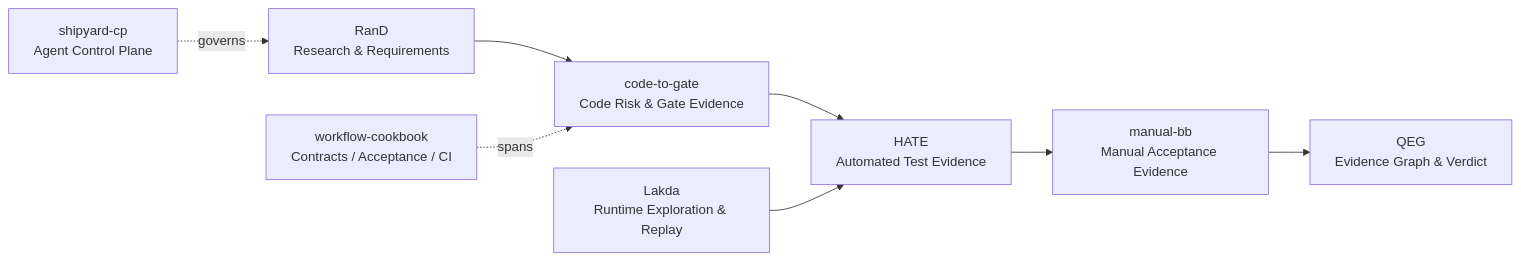
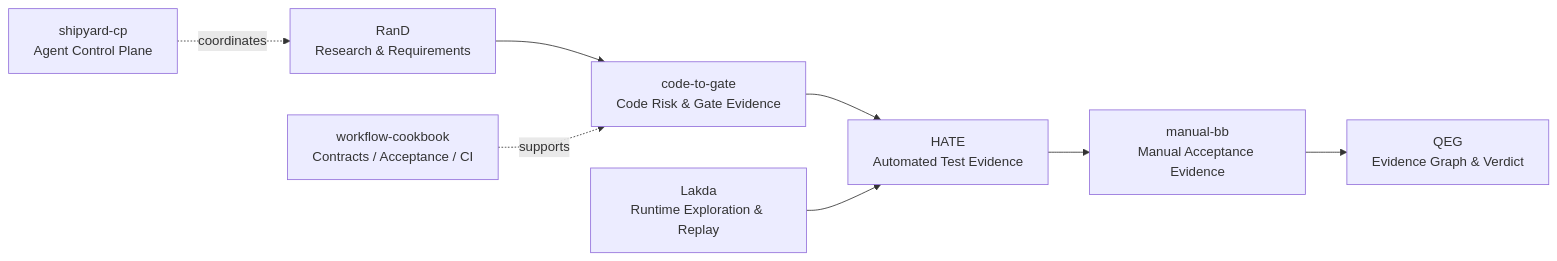
Before and after one commit to RNA4219/RNA4219: the diagram in Readme.md, drawn with Mermaid. The commit also changed other lines of this file, not shown here.

Commit message:
docs: remove private architecture hints from profile

````diff
--- a/Readme.md
+++ b/Readme.md
@@ -28,10 +28,10 @@
 ```mermaid
 flowchart LR
     R["RanD<br/>Research & Requirements"] --> C["code-to-gate<br/>Code Risk & Gate Evidence"]
     C --> H["HATE<br/>Automated Test Evidence"]
     H --> M["manual-bb<br/>Manual Acceptance Evidence"]
     M --> Q["QEG<br/>Evidence Graph & Verdict"]
     L["Lakda<br/>Runtime Exploration & Replay"] --> H
-    W["workflow-cookbook<br/>Contracts / Acceptance / CI"] -. spans .-> C
-    S["shipyard-cp<br/>Agent Control Plane"] -. governs .-> R
+    W["workflow-cookbook<br/>Contracts / Acceptance / CI"] -. supports .-> C
+    S["shipyard-cp<br/>Agent Control Plane"] -. coordinates .-> R
 ```
````
